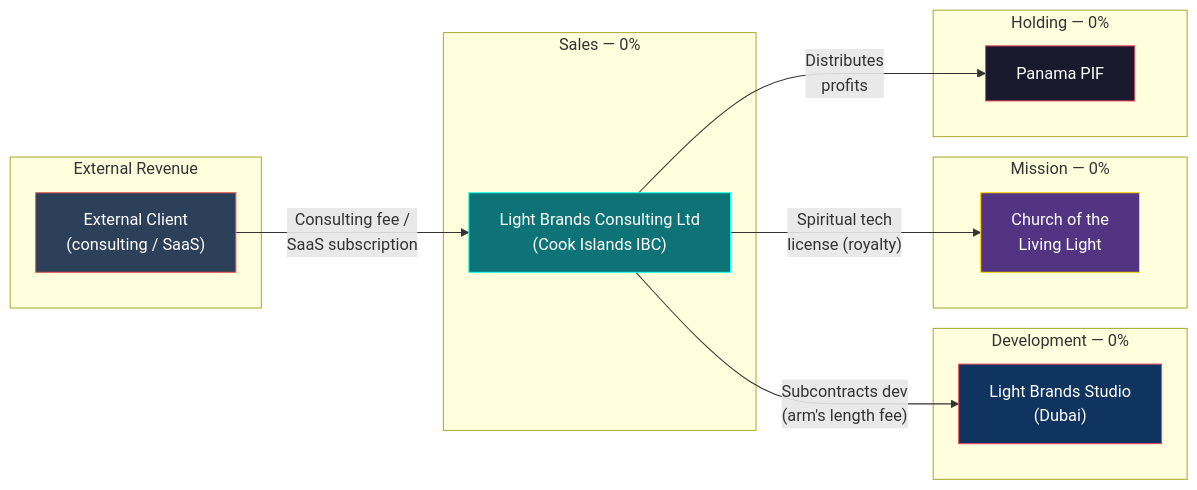
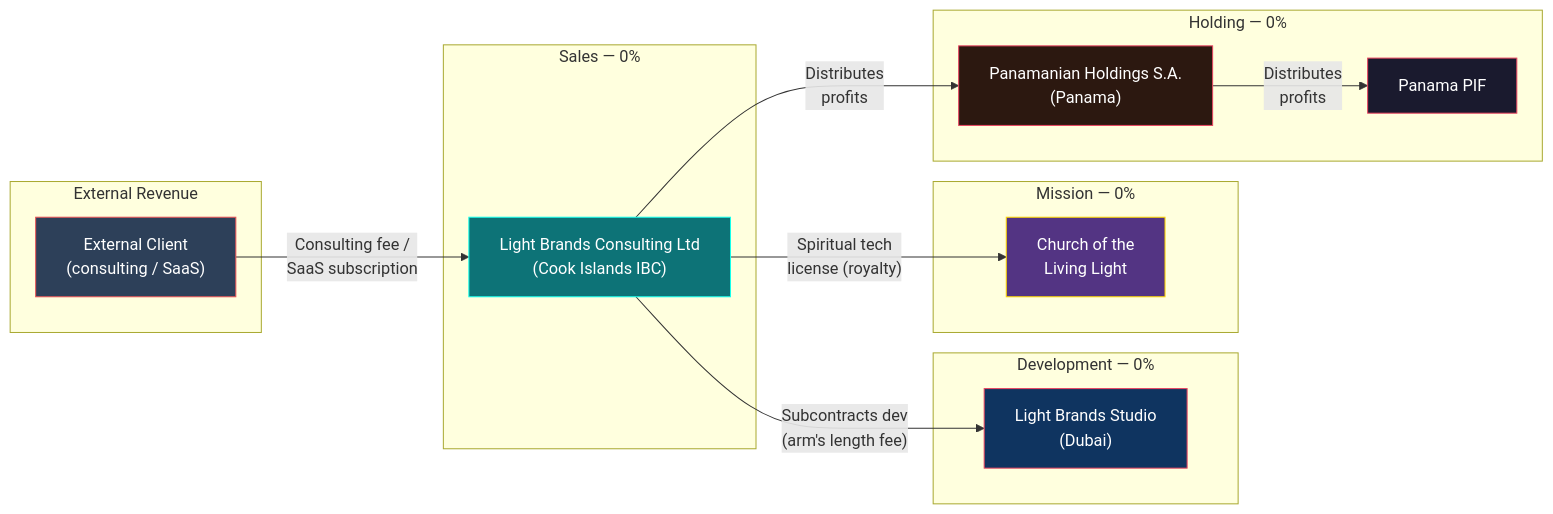
Before and after one commit to Light-Brands/epic-center: the tenth of 16 diagrams in docs/tax-structure/01-MASTER-STRUCTURE.md, drawn with Mermaid. The commit also changed other lines of this file and 9 other files, not shown here.

First line of the commit message:
Insert Panamanian Holdings S.A. between PIF and operating entities

````diff
--- a/docs/tax-structure/01-MASTER-STRUCTURE.md
+++ b/docs/tax-structure/01-MASTER-STRUCTURE.md
@@ -227,33 +247,36 @@
 ```mermaid
 graph LR
     subgraph "External Revenue"
         CLIENT["External Client<br/>(consulting / SaaS)"]
     end
 
     subgraph "Sales — 0%"
         CI["Light Brands Consulting Ltd<br/>(Cook Islands IBC)"]
     end
 
     subgraph "Development — 0%"
         UAE2["Light Brands Studio<br/>(Dubai)"]
     end
 
     subgraph "Mission — 0%"
         CHURCH2["Church of the<br/>Living Light"]
     end
 
     subgraph "Holding — 0%"
+        SA["Panamanian Holdings S.A.<br/>(Panama)"]
         PIF["Panama PIF"]
     end
 
     CLIENT -->|"Consulting fee /<br/>SaaS subscription"| CI
     CI -->|"Subcontracts dev<br/>(arm's length fee)"| UAE2
     CI -->|"Spiritual tech<br/>license (royalty)"| CHURCH2
-    CI -->|"Distributes<br/>profits"| PIF
+    CI -->|"Distributes<br/>profits"| SA
+    SA -->|"Distributes<br/>profits"| PIF
 
     style CLIENT fill:#2d4059,stroke:#ea5455,color:#fff
     style CI fill:#0d7377,stroke:#14ffec,color:#fff
     style UAE2 fill:#0f3460,stroke:#e94560,color:#fff
     style CHURCH2 fill:#533483,stroke:#ffd700,color:#fff
+    style SA fill:#2c1810,stroke:#e94560,color:#fff
     style PIF fill:#1a1a2e,stroke:#e94560,color:#fff
 ```
````
